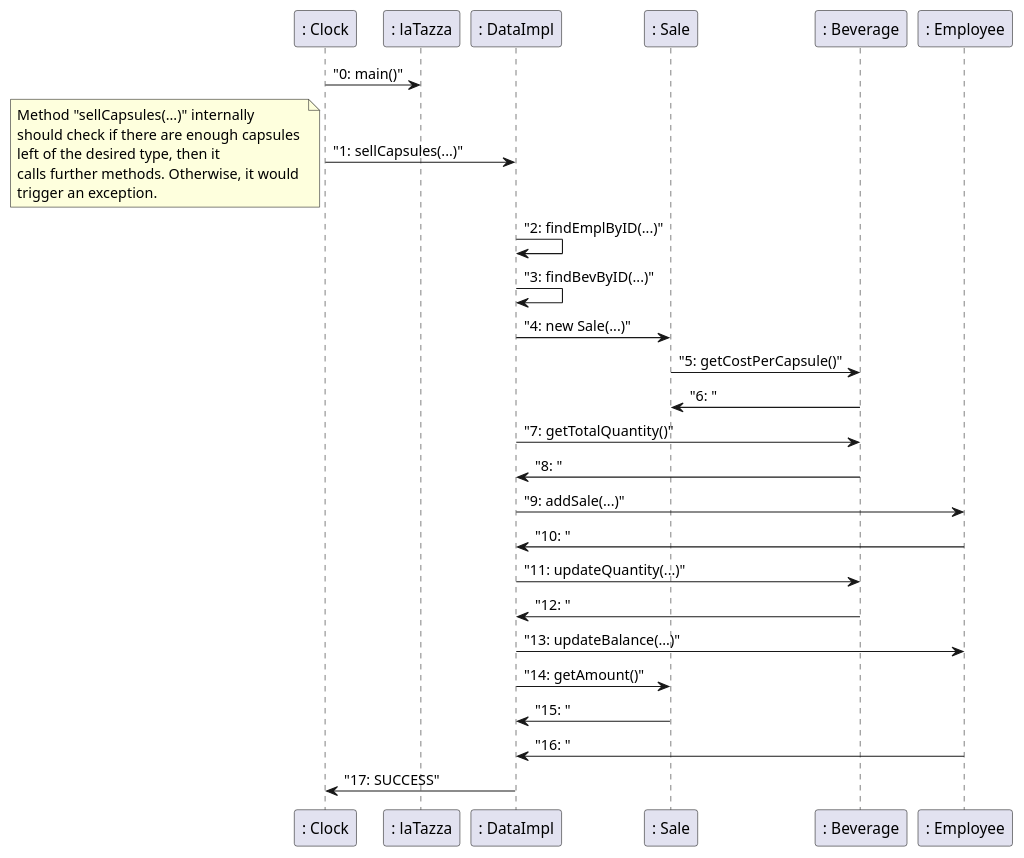
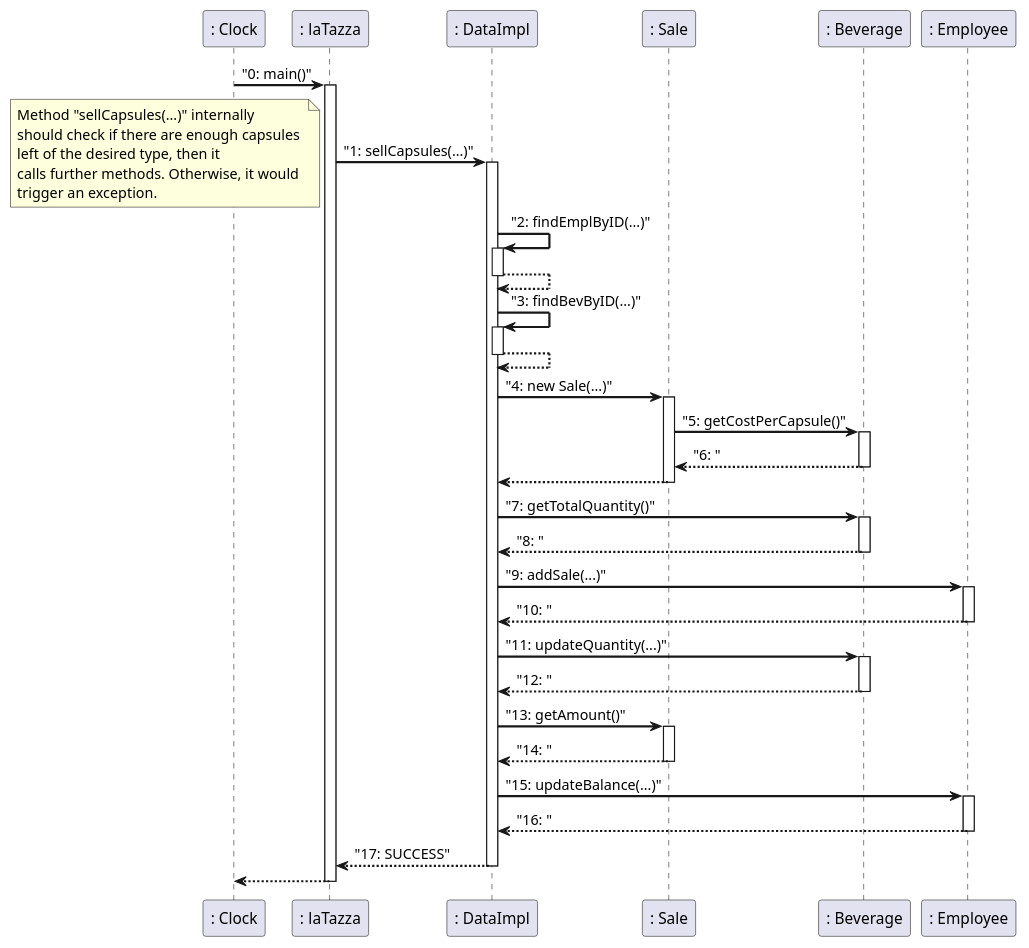
The fifth of 6 diagrams in templates/DesignDocumentTemplate.md (DarkSee/LaTazza), drawn with PlantUML before and after one commit. The commit also changed other lines of this file, not shown here.

Commit message:
Update Sequence Diagram

````diff
--- a/templates/DesignDocumentTemplate.md
+++ b/templates/DesignDocumentTemplate.md
@@ -237,42 +237,52 @@
 ```plantuml
+skinparam sequenceArrowThickness 2
+autoactivate on
 
-": Clock" -> ": laTazza": "0: main()"
-": Clock" -> ": DataImpl": "1: sellCapsules(...)"
+": Clock" -> ": laTazza"  : "0: main()"
+": laTazza" -> ": DataImpl": "1: sellCapsules(...)"
+
 note left
         Method "sellCapsules(...)" internally
         should check if there are enough capsules 
         left of the desired type, then it 
         calls further methods. Otherwise, it would
         trigger an exception.
 end note
-": DataImpl" -> ": DataImpl": "2: findEmplByID(...)"
+
+": DataImpl" -> ": DataImpl": "2: findEmplByID(...)" 
+return
+
+
 ": DataImpl" -> ": DataImpl": "3: findBevByID(...)"
+return
 ": DataImpl" -> ": Sale": "4: new Sale(...)"
+
 ": Sale" -> ": Beverage": "5: getCostPerCapsule()"
-": Sale" <-": Beverage": "6: "
+": Sale" <--": Beverage": "6: "
+return
 
 ": DataImpl" -> ": Beverage": "7: getTotalQuantity()"
-": DataImpl" <-": Beverage": "8: "
+": DataImpl" <--": Beverage": "8: "
 
 
 ": DataImpl" -> ": Employee": "9: addSale(...)"
-": Employee" -> ": DataImpl": "10: "
+": Employee" --> ": DataImpl": "10: "
 
 ": DataImpl" -> ": Beverage": "11: updateQuantity(...)"
-": Beverage" -> ": DataImpl": "12: "
+": Beverage" --> ": DataImpl": "12: "
 
 
-": DataImpl" -> ": Employee": "13: updateBalance(...)"
+": DataImpl" -> ": Sale": "13: getAmount()"
 
-": DataImpl" -> ": Sale": "14: getAmount()"
+": Sale" --> ": DataImpl": "14: "
 
-": Sale" -> ": DataImpl": "15: "
+": DataImpl" -> ": Employee": "15: updateBalance(...)"
 
-": Employee" -> ": DataImpl": "16: "
+ ": Employee" --> ": DataImpl": "16: "
 
 
 
-
-": DataImpl" -> ": Clock": "17: SUCCESS"
+return "17: SUCCESS" 
+return
 
 ```
````
